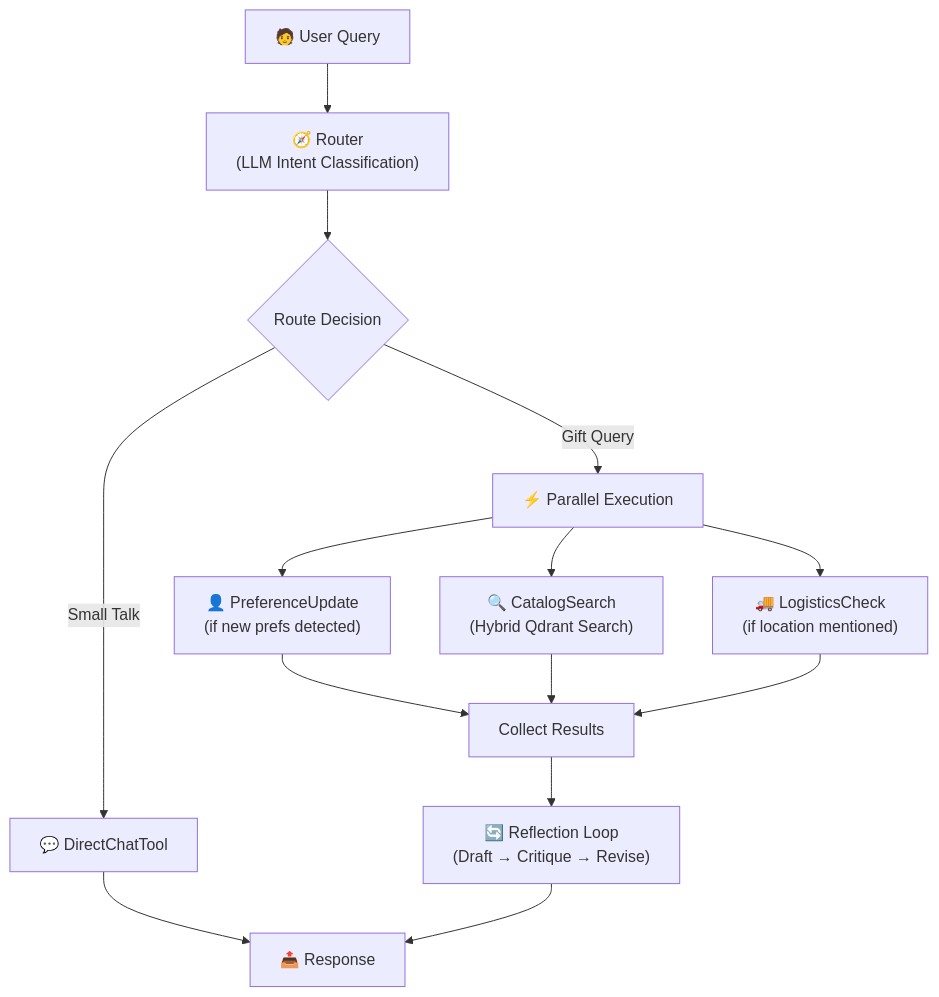
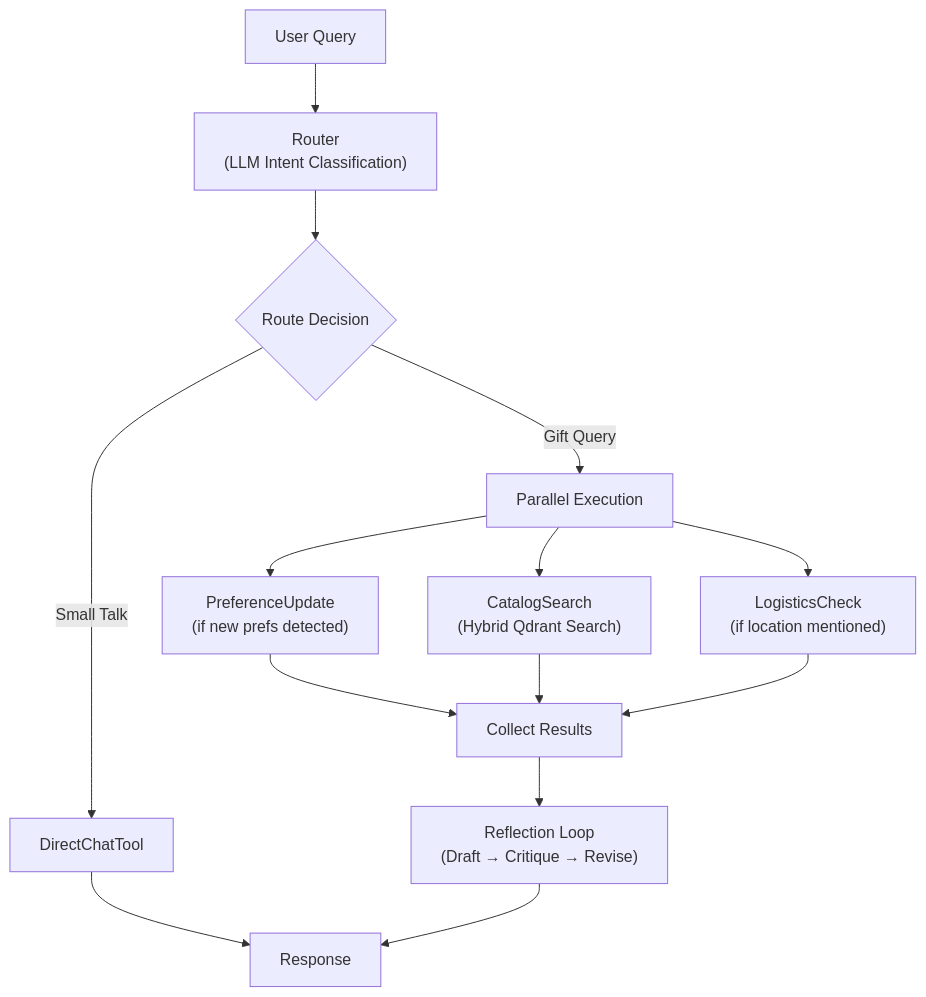
Before and after one commit to AsinduDeSilva/kapruka-gift-concierge: the first of 4 diagrams in README.md, drawn with Mermaid. The commit also changed other lines of this file and 3 other files, not shown here.

````diff
--- a/README.md
+++ b/README.md
@@ -46,21 +46,21 @@
 ```mermaid
 flowchart TD
-    A["🧑 User Query"] --> B["🧭 Router<br/>(LLM Intent Classification)"]
+    A["User Query"] --> B["Router<br/>(LLM Intent Classification)"]
     B --> C{Route Decision}
     
-    C -->|"Small Talk"| D["💬 DirectChatTool"]
-    C -->|"Gift Query"| E["⚡ Parallel Execution"]
+    C -->|"Small Talk"| D["DirectChatTool"]
+    C -->|"Gift Query"| E["Parallel Execution"]
     
-    E --> E1["👤 PreferenceUpdate<br/>(if new prefs detected)"]
-    E --> E2["🔍 CatalogSearch<br/>(Hybrid Qdrant Search)"]
-    E --> E3["🚚 LogisticsCheck<br/>(if location mentioned)"]
+    E --> E1["PreferenceUpdate<br/>(if new prefs detected)"]
+    E --> E2["CatalogSearch<br/>(Hybrid Qdrant Search)"]
+    E --> E3["LogisticsCheck<br/>(if location mentioned)"]
     
     E1 --> F["Collect Results"]
     E2 --> F
     E3 --> F
     
-    F --> G["🔄 Reflection Loop<br/>(Draft → Critique → Revise)"]
+    F --> G["Reflection Loop<br/>(Draft → Critique → Revise)"]
     
-    D --> H["📤 Response"]
+    D --> H["Response"]
     G --> H
 ```
````
